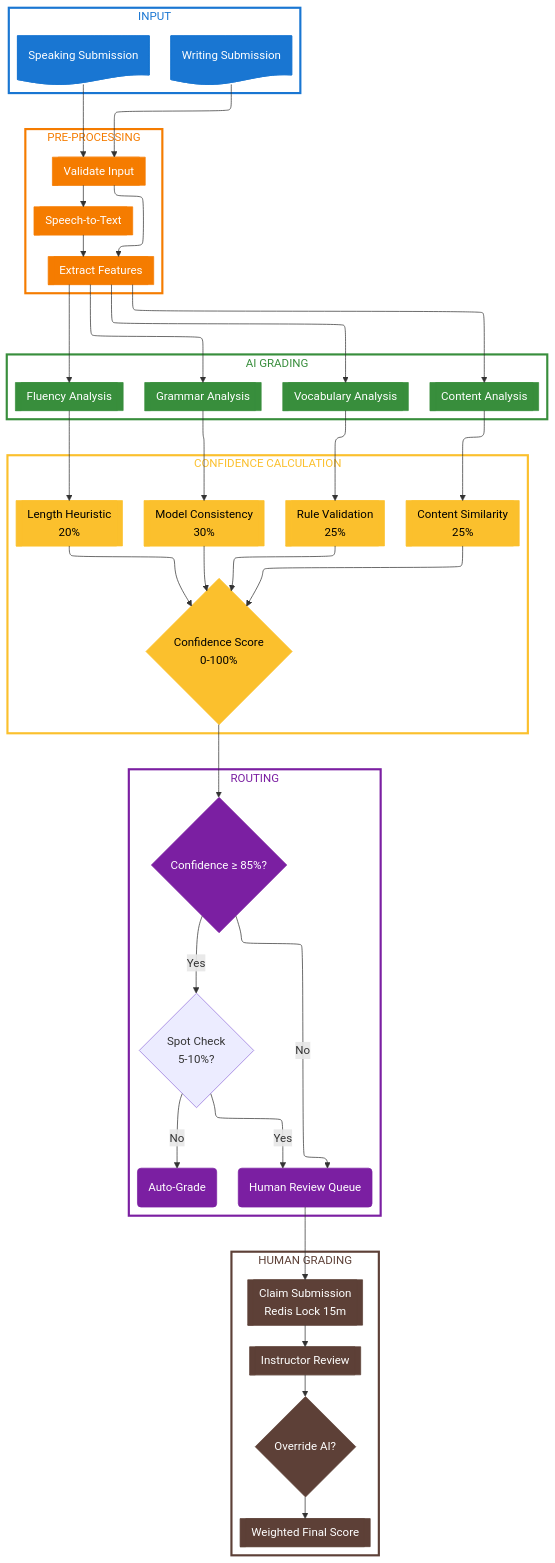
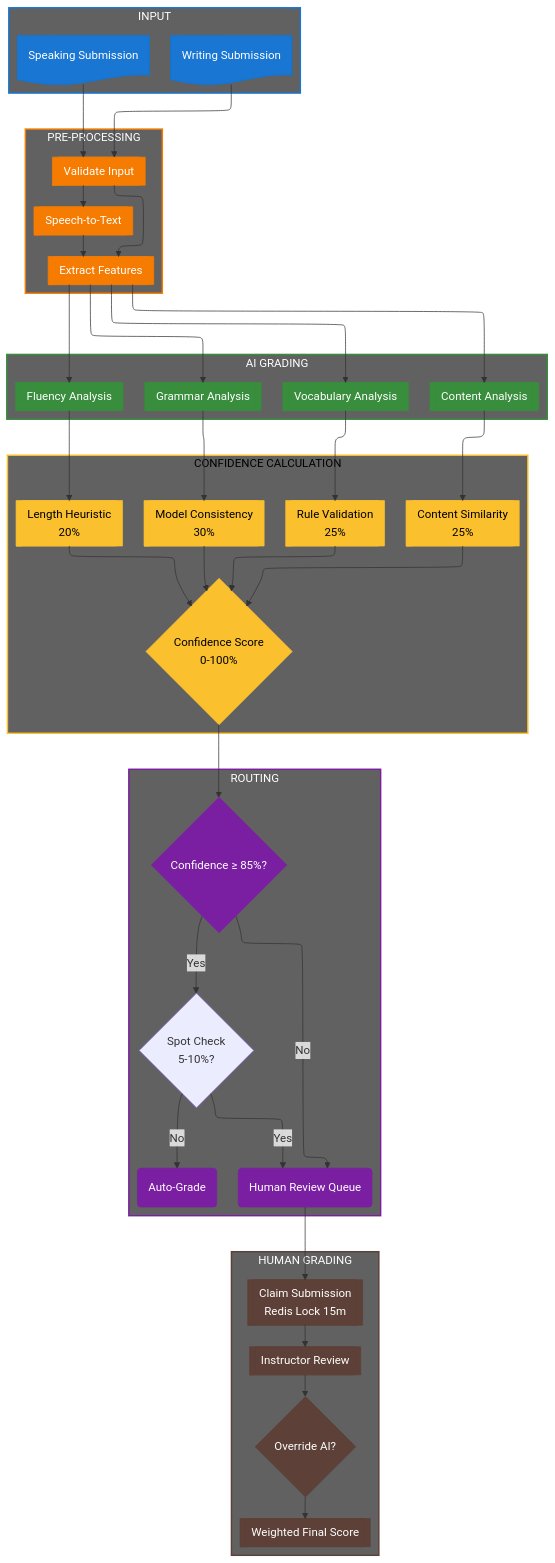
The eighth of 12 diagrams in docs/capstone/diagrams/flow-diagrams.vi.md (nghyane/VSTEP), drawn with Mermaid before and after one commit. The commit also changed other lines of this file, not shown here.

```diff
--- a/docs/capstone/diagrams/flow-diagrams.vi.md
+++ b/docs/capstone/diagrams/flow-diagrams.vi.md
@@ -539,12 +539,12 @@
     classDef human fill:#5d4037,stroke:#5d4037,color:#fff
 
     %% Boxes
-    classDef inputBox fill:none,stroke:#1976d2,stroke-width:3px,color:#1976d2
-    classDef processBox fill:none,stroke:#f57c00,stroke-width:3px,color:#f57c00
-    classDef aiBox fill:none,stroke:#388e3c,stroke-width:3px,color:#388e3c
-    classDef confBox fill:none,stroke:#fbc02d,stroke-width:3px,color:#fbc02d
-    classDef routeBox fill:none,stroke:#7b1fa2,stroke-width:3px,color:#7b1fa2
-    classDef humanBox fill:none,stroke:#5d4037,stroke-width:3px,color:#5d4037
+    classDef inputBox fill:#616161,stroke:#1976d2,stroke-width:2px,color:#fff
+    classDef processBox fill:#616161,stroke:#f57c00,stroke-width:2px,color:#fff
+    classDef aiBox fill:#616161,stroke:#388e3c,stroke-width:2px,color:#fff
+    classDef confBox fill:#616161,stroke:#fbc02d,stroke-width:2px,color:#000
+    classDef routeBox fill:#616161,stroke:#7b1fa2,stroke-width:2px,color:#fff
+    classDef humanBox fill:#616161,stroke:#5d4037,stroke-width:2px,color:#fff
 
     class Input inputBox
     class Preprocess processBox
```
